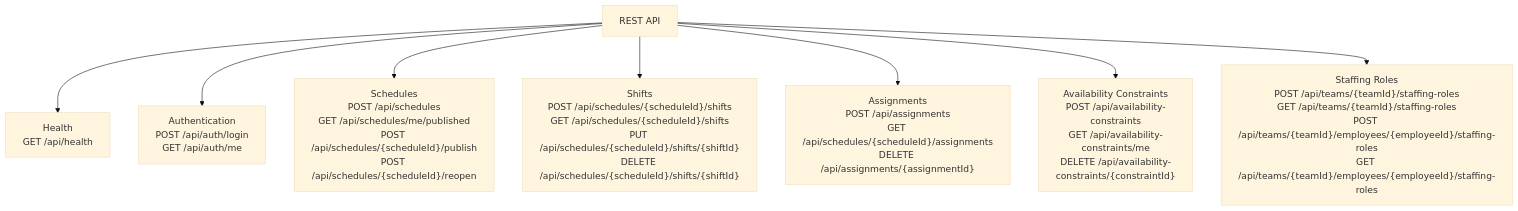
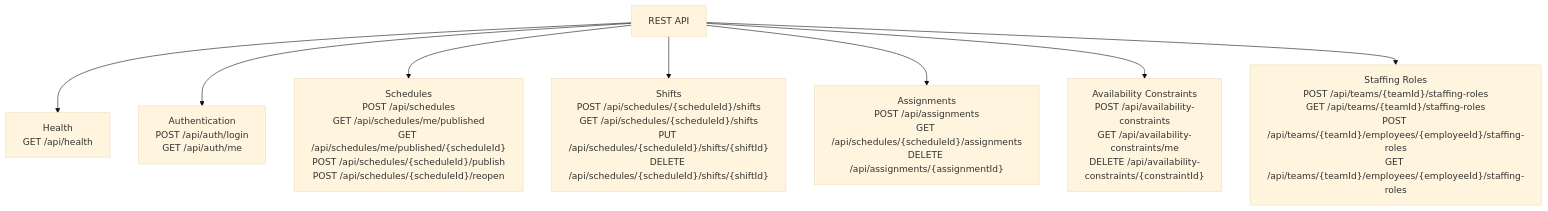
One commit to HiliMor/shift-management-system changed the fifth of 13 diagrams in docs/current-backend-architecture.md. Above: the diagram before and after it, drawn with Mermaid (base theme). The commit also changed other lines of this file and 9 other files, not shown here.

Commit message:
Add employee published schedule details

````diff
--- a/docs/current-backend-architecture.md
+++ b/docs/current-backend-architecture.md
@@ -201,20 +203,20 @@
 ```mermaid
 flowchart TD
     api["REST API"]
 
     healthApi["Health<br/>GET /api/health"]
     authApi["Authentication<br/>POST /api/auth/login<br/>GET /api/auth/me"]
-    schedulesApi["Schedules<br/>POST /api/schedules<br/>GET /api/schedules/me/published<br/>POST /api/schedules/{scheduleId}/publish<br/>POST /api/schedules/{scheduleId}/reopen"]
+    schedulesApi["Schedules<br/>POST /api/schedules<br/>GET /api/schedules/me/published<br/>GET /api/schedules/me/published/{scheduleId}<br/>POST /api/schedules/{scheduleId}/publish<br/>POST /api/schedules/{scheduleId}/reopen"]
     shiftsApi["Shifts<br/>POST /api/schedules/{scheduleId}/shifts<br/>GET /api/schedules/{scheduleId}/shifts<br/>PUT /api/schedules/{scheduleId}/shifts/{shiftId}<br/>DELETE /api/schedules/{scheduleId}/shifts/{shiftId}"]
     assignmentsApi["Assignments<br/>POST /api/assignments<br/>GET /api/schedules/{scheduleId}/assignments<br/>DELETE /api/assignments/{assignmentId}"]
     availabilityApi["Availability Constraints<br/>POST /api/availability-constraints<br/>GET /api/availability-constraints/me<br/>DELETE /api/availability-constraints/{constraintId}"]
     staffingApi["Staffing Roles<br/>POST /api/teams/{teamId}/staffing-roles<br/>GET /api/teams/{teamId}/staffing-roles<br/>POST /api/teams/{teamId}/employees/{employeeId}/staffing-roles<br/>GET /api/teams/{teamId}/employees/{employeeId}/staffing-roles"]
 
     api --> healthApi
     api --> authApi
     api --> schedulesApi
     api --> shiftsApi
     api --> assignmentsApi
     api --> availabilityApi
     api --> staffingApi
 ```
````
